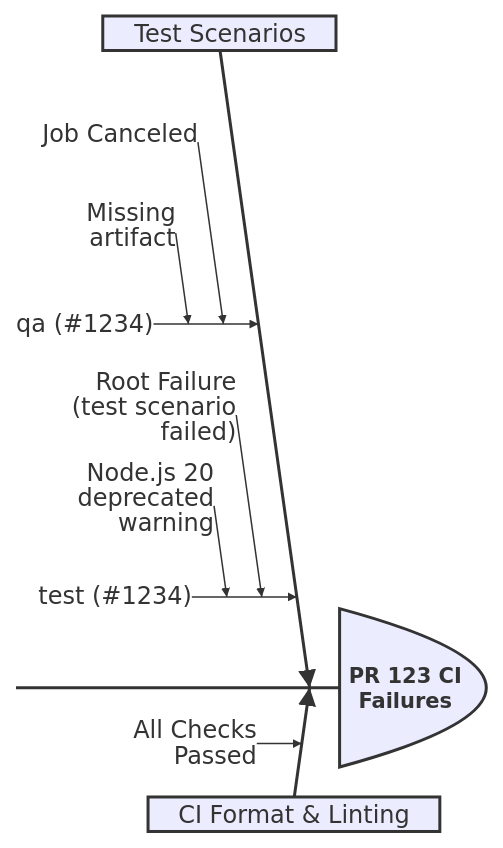
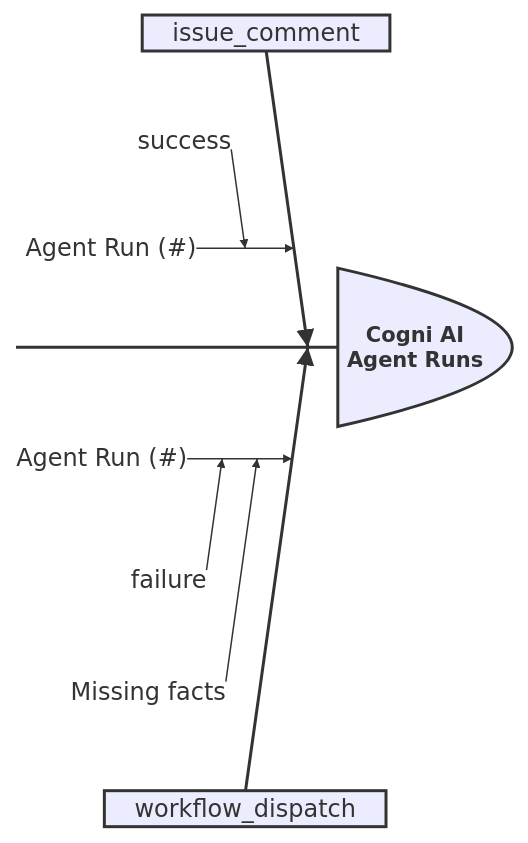
One commit to Cogni-AI-OU/cogni-ai-agentic-collections changed the first of 5 diagrams in cogni-ai-brain-ops/cogni-ai-brain-ops.agent.md. Above: the diagram before and after it, drawn with Mermaid. The commit also changed other lines of this file, not shown here.

Commit message:
Enhance agent PR run identification process with GitHub API usage and provide command examples

````diff
--- a/cogni-ai-brain-ops/cogni-ai-brain-ops.agent.md
+++ b/cogni-ai-brain-ops/cogni-ai-brain-ops.agent.md
@@ -80,16 +93,12 @@
 ```mermaid
 %% This diagram visualizes the identification of agentic runs in the CI/CD pipeline for a PR.
-%% Data for this diagram can be retrieved natively using:
-%% gh pr checks <pr_number> --repo <owner>/<repo>
 ishikawa-beta
-    PR 123 CI Failures
-    Test Scenarios
-        qa (#1234)
-            Job Canceled
-            Missing artifact
-        test (#1234)
-            Root Failure (test scenario failed)
-            Node.js 20 deprecated warning
-    CI Format & Linting
-        All Checks Passed
+    Cogni AI Agent Runs
+    issue_comment
+        Agent Run (#<job_id>)
+            success
+    workflow_dispatch
+        Agent Run (#<job_id>)
+            failure
+            Missing facts
 ```
````
